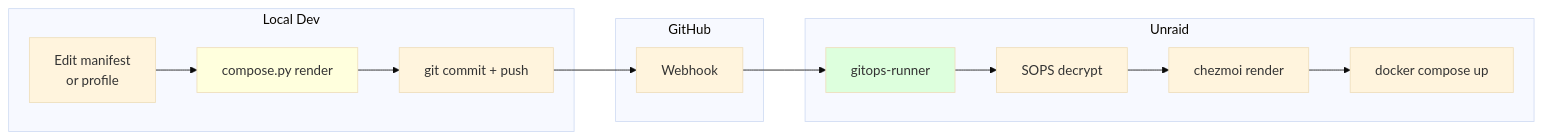
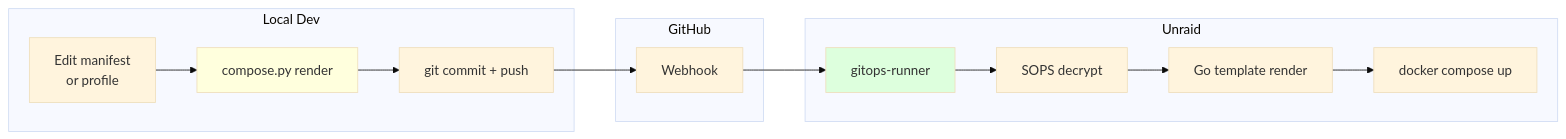
One commit to cameronsjo/bosun changed the sixth of 7 diagrams in docs/adr/0001-manifest-system.md. Above: the diagram before and after it, drawn with Mermaid (base theme). The commit also changed other lines of this file and 64 other files, not shown here.

````diff
--- a/docs/adr/0001-manifest-system.md
+++ b/docs/adr/0001-manifest-system.md
@@ -155,30 +155,30 @@
 ```mermaid
 flowchart LR
     subgraph "Local Dev"
         EDIT[Edit manifest<br/>or profile]
         RENDER[compose.py render]
         COMMIT[git commit + push]
     end
 
     subgraph "GitHub"
         HOOK[Webhook]
     end
 
     subgraph "Unraid"
         GR[gitops-runner]
         SOPS[SOPS decrypt]
-        CHEM[chezmoi render]
+        TMPL[Go template render]
         DEPLOY[docker compose up]
     end
 
     EDIT --> RENDER
     RENDER --> COMMIT
     COMMIT --> HOOK
     HOOK --> GR
     GR --> SOPS
-    SOPS --> CHEM
-    CHEM --> DEPLOY
+    SOPS --> TMPL
+    TMPL --> DEPLOY
 
     style RENDER fill:#ffd
     style GR fill:#dfd
 ```
````
